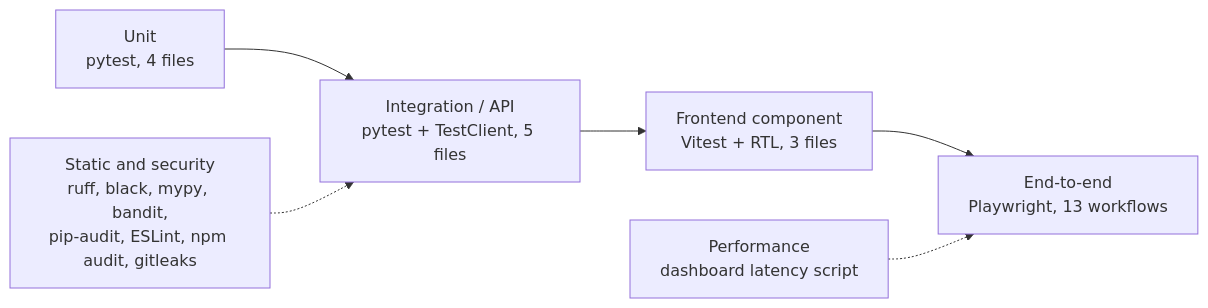
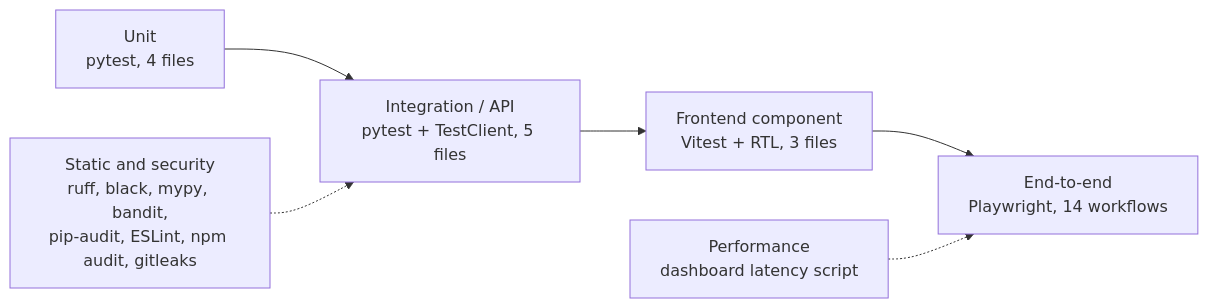
Before and after one commit to Aniket-001-code/ivm-platform: the first of 2 diagrams in docs/10_Test_Plan.md, drawn with Mermaid. The commit also changed other lines of this file and 67 other files, not shown here.

````diff
--- a/docs/10_Test_Plan.md
+++ b/docs/10_Test_Plan.md
@@ -42,8 +42,8 @@
 ```mermaid
 flowchart LR
   U[Unit<br/>pytest, 4 files] --> I[Integration / API<br/>pytest + TestClient, 5 files]
   I --> F[Frontend component<br/>Vitest + RTL, 3 files]
-  F --> E[End-to-end<br/>Playwright, 13 workflows]
+  F --> E[End-to-end<br/>Playwright, 14 workflows]
   S[Static and security<br/>ruff, black, mypy, bandit,<br/>pip-audit, ESLint, npm audit, gitleaks] -.-> I
   P[Performance<br/>dashboard latency script] -.-> E
 ```
````
